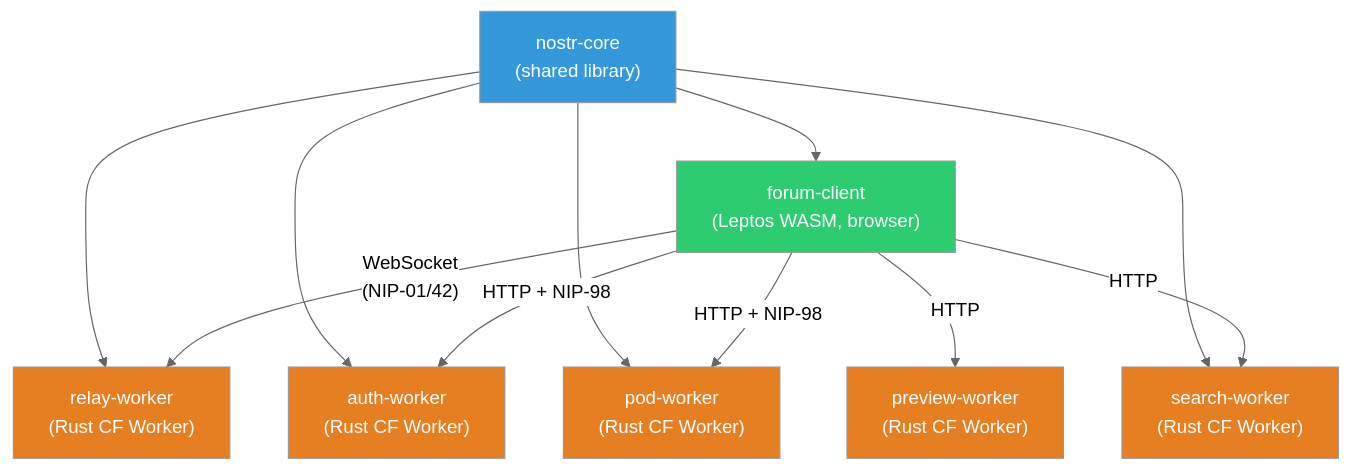
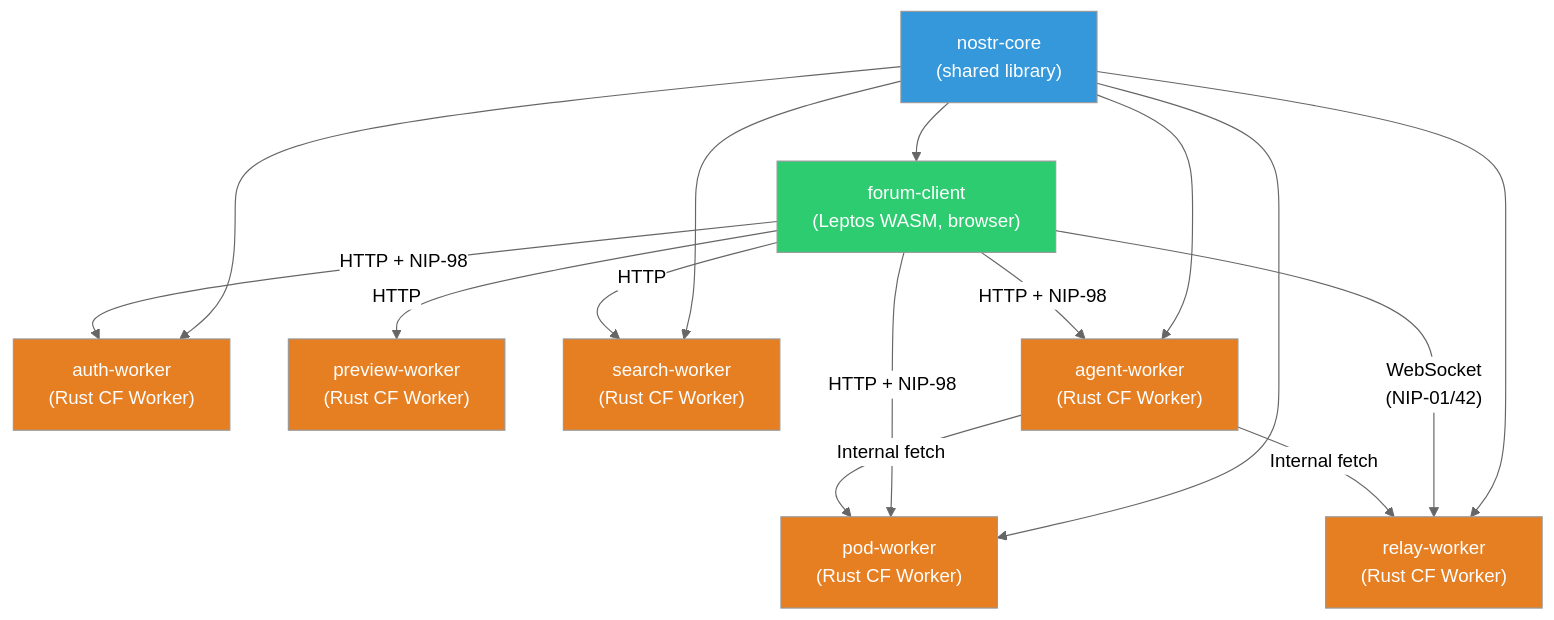
One commit to DreamLab-AI/dreamlab-ai-website changed the first of 2 diagrams in docs/ddd/README.md. Above: the diagram before and after it, drawn with Mermaid (neutral theme). The commit also changed other lines of this file and 54 other files, not shown here.

````diff
--- a/docs/ddd/README.md
+++ b/docs/ddd/README.md
@@ -22,31 +25,38 @@
 ```mermaid
 graph TB
     NC["nostr-core<br/>(shared library)"]
 
     FC["forum-client<br/>(Leptos WASM, browser)"]
     AW["auth-worker<br/>(Rust CF Worker)"]
     PW["pod-worker<br/>(Rust CF Worker)"]
     PV["preview-worker<br/>(Rust CF Worker)"]
     RW["relay-worker<br/>(Rust CF Worker)"]
     SW["search-worker<br/>(Rust CF Worker)"]
 
+    AGW["agent-worker<br/>(Rust CF Worker)"]
+
     NC --> FC
     NC --> AW
     NC --> PW
     NC --> RW
     NC --> SW
+    NC --> AGW
 
     FC -->|"WebSocket<br/>(NIP-01/42)"| RW
     FC -->|"HTTP + NIP-98"| AW
     FC -->|"HTTP + NIP-98"| PW
     FC -->|"HTTP"| PV
     FC -->|"HTTP"| SW
+    FC -->|"HTTP + NIP-98"| AGW
+    AGW -->|"Internal fetch"| PW
+    AGW -->|"Internal fetch"| RW
 
     style NC fill:#3498db,color:#fff
     style FC fill:#2ecc71,color:#fff
     style AW fill:#e67e22,color:#fff
     style PW fill:#e67e22,color:#fff
     style PV fill:#e67e22,color:#fff
     style RW fill:#e67e22,color:#fff
     style SW fill:#e67e22,color:#fff
+    style AGW fill:#e67e22,color:#fff
 ```
````
